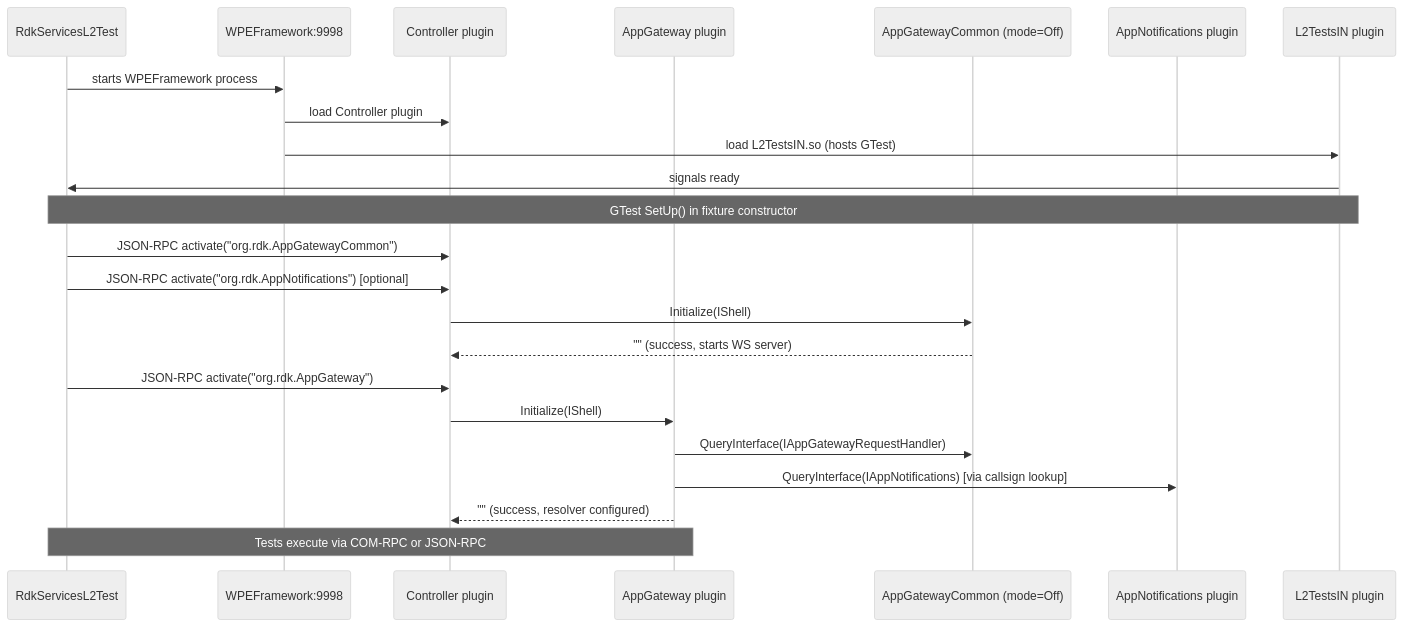
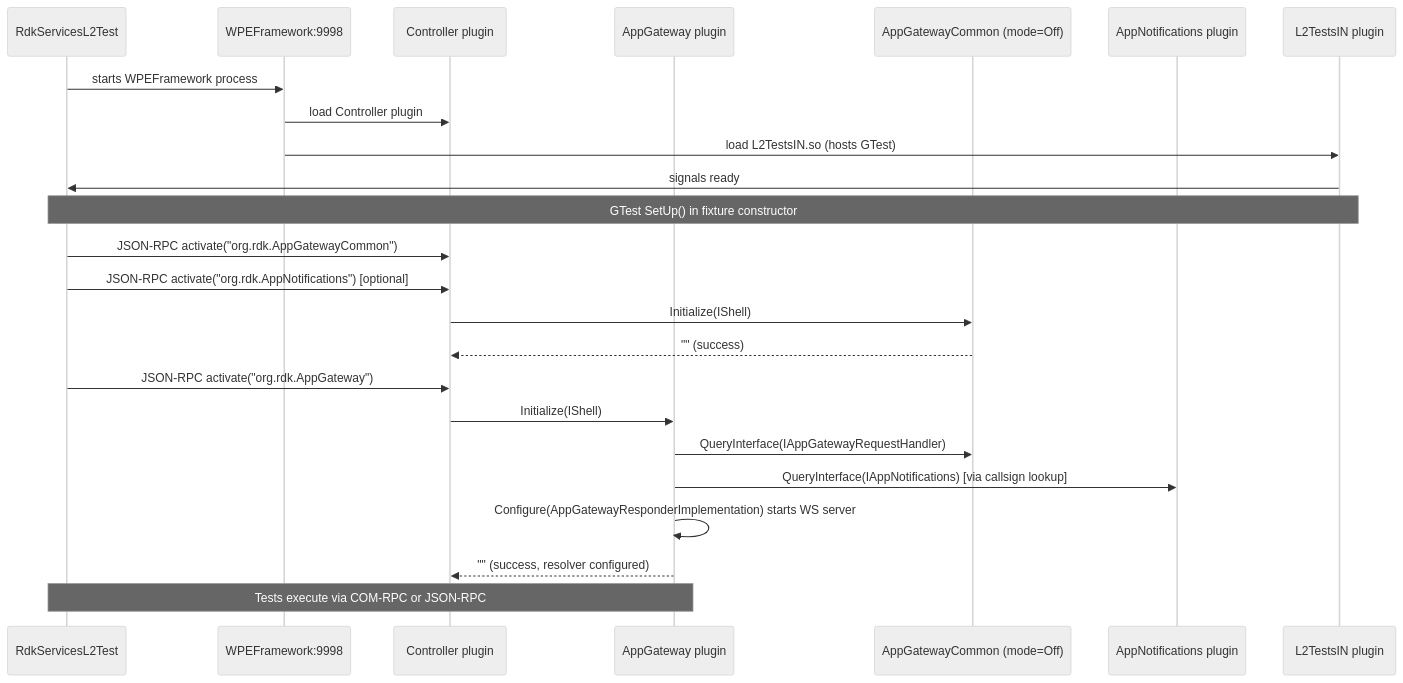
Before and after one commit to rdkcentral/entservices-appgateway: the second of 4 diagrams in Tests/L2Tests/docs/AppGateway_L2_TestWorkflow.md, drawn with Mermaid (neutral theme). The commit also changed other lines of this file, not shown here.

````diff
--- a/Tests/L2Tests/docs/AppGateway_L2_TestWorkflow.md
+++ b/Tests/L2Tests/docs/AppGateway_L2_TestWorkflow.md
@@ -122,29 +130,30 @@
 ```mermaid
 sequenceDiagram
     participant Runner as RdkServicesL2Test
     participant Thunder as WPEFramework:9998
     participant Ctrl as Controller plugin
     participant AGW as AppGateway plugin
     participant AGWC as AppGatewayCommon (mode=Off)
     participant AN as AppNotifications plugin
     participant L2 as L2TestsIN plugin
 
     Runner->>Thunder: starts WPEFramework process
     Thunder->>Ctrl: load Controller plugin
     Thunder->>L2: load L2TestsIN.so (hosts GTest)
     L2->>Runner: signals ready
 
     Note over Runner,L2: GTest SetUp() in fixture constructor
     Runner->>Ctrl: JSON-RPC activate("org.rdk.AppGatewayCommon")
     Runner->>Ctrl: JSON-RPC activate("org.rdk.AppNotifications") [optional]
     Ctrl->>AGWC: Initialize(IShell)
-    AGWC-->>Ctrl: "" (success, starts WS server)
+    AGWC-->>Ctrl: "" (success)
 
     Runner->>Ctrl: JSON-RPC activate("org.rdk.AppGateway")
     Ctrl->>AGW: Initialize(IShell)
     AGW->>AGWC: QueryInterface(IAppGatewayRequestHandler)
     AGW->>AN: QueryInterface(IAppNotifications) [via callsign lookup]
+    AGW->>AGW: Configure(AppGatewayResponderImplementation) starts WS server
     AGW-->>Ctrl: "" (success, resolver configured)
 
     Note over Runner,AGW: Tests execute via COM-RPC or JSON-RPC
 ```
````
